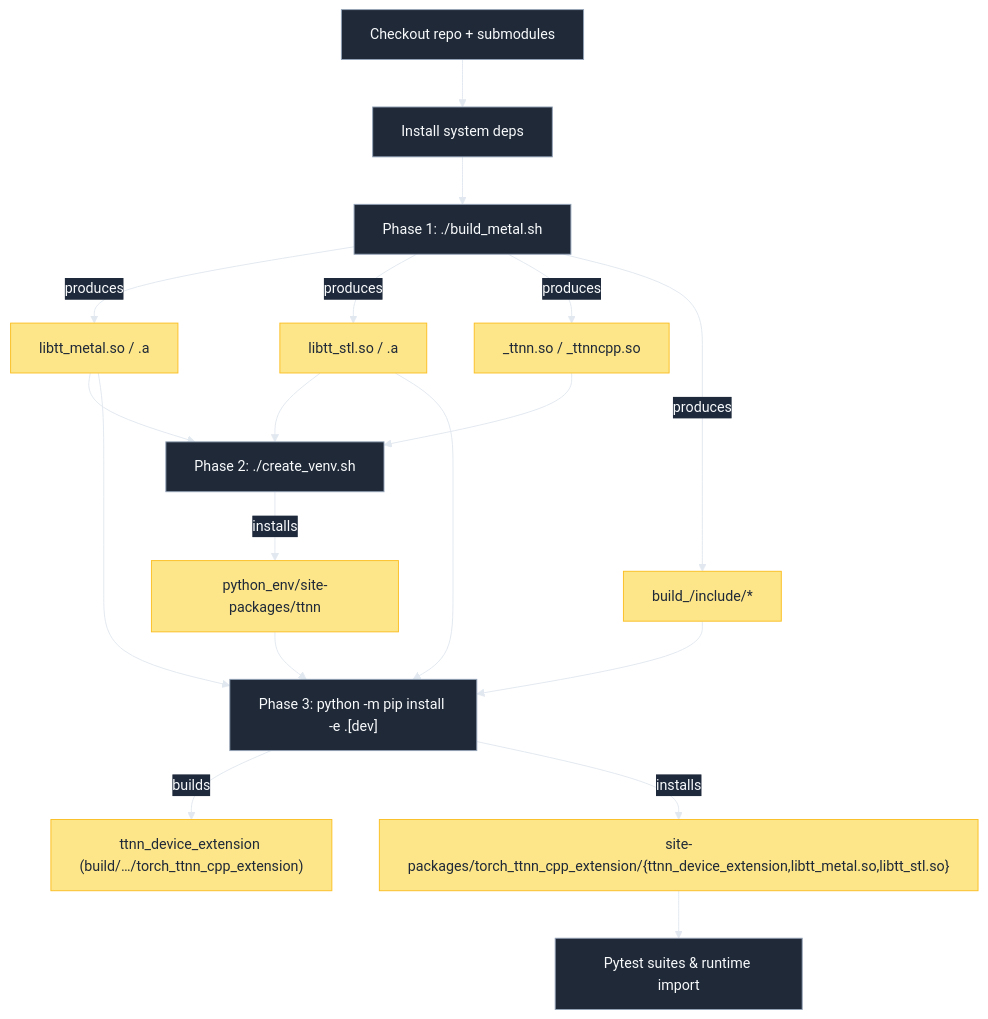
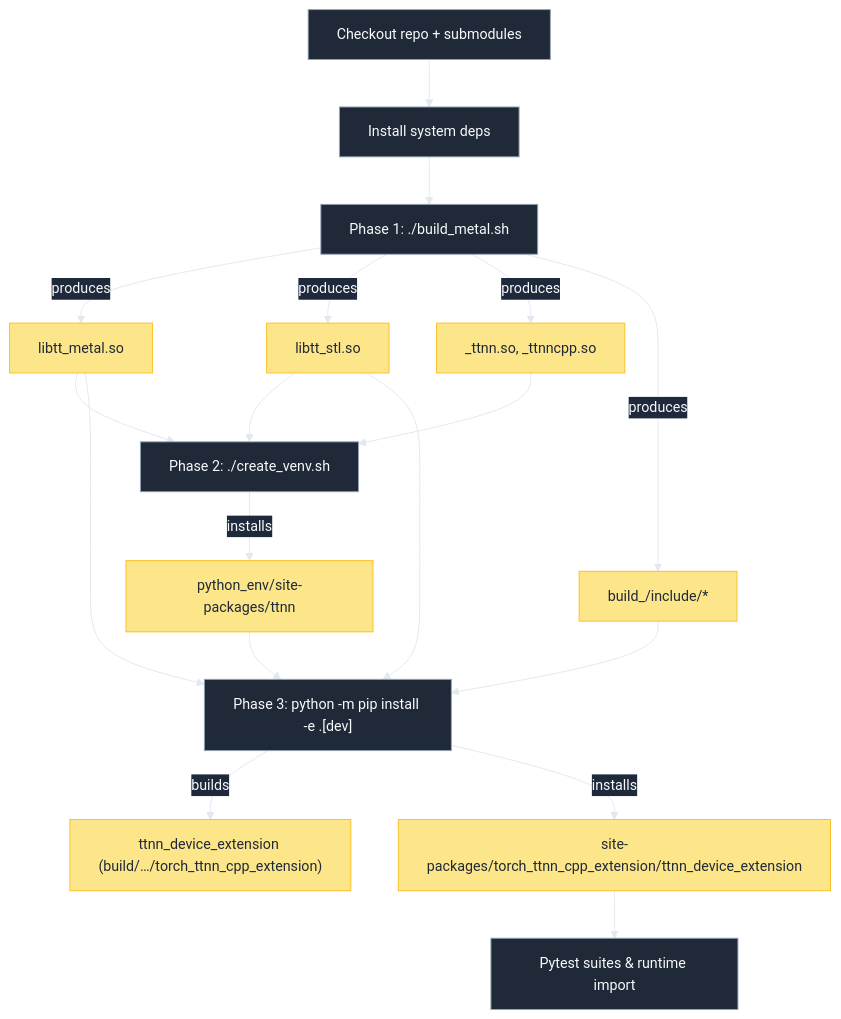
The first of 5 diagrams in docs/BuildFlow.md (tenstorrent/pytorch2.0_ttnn), drawn with Mermaid before and after one commit. The commit also changed other lines of this file and 3 other files, not shown here.

Commit message:
fix: bundling binaries to torch-ttnn to fix wheel for end-users, documentation with reasoning is created

````diff
--- a/docs/BuildFlow.md
+++ b/docs/BuildFlow.md
@@ -57,32 +57,32 @@
 ```mermaid
 %%{init: {'theme':'base','themeVariables':{'background':'#0f172a','primaryColor':'#1f2937','primaryTextColor':'#f8fafc','primaryBorderColor':'#94a3b8','secondaryColor':'#1f2937','tertiaryColor':'#334155','lineColor':'#e2e8f0','edgeLabelBackground':'#1e293b','edgeLabelColor':'#f8fafc','fontSize':'15px','fontFamily':'Inter, Arial, sans-serif'}}}%%
 graph TD
     checkout[Checkout repo + submodules] --> deps[Install system deps]
     deps --> build_metal["Phase 1: ./build_metal.sh"]
-    build_metal -->|produces| lib_metal["libtt_metal.so / .a"]
-    build_metal -->|produces| lib_stl["libtt_stl.so / .a"]
-    build_metal -->|produces| python_bindings["_ttnn.so / _ttnncpp.so"]
+    build_metal -->|produces| lib_metal["libtt_metal.so"]
+    build_metal -->|produces| lib_stl["libtt_stl.so"]
+    build_metal -->|produces| python_bindings["_ttnn.so, _ttnncpp.so"]
     build_metal -->|produces| headers["build_<TYPE>/include/*"]
     classDef artifact fill:#fde68a,stroke:#fbbf24,stroke-width:1px,color:#1f2937;
     class lib_metal,lib_stl,python_bindings,headers artifact;
 
     lib_metal --> create_venv["Phase 2: ./create_venv.sh"]
     lib_stl --> create_venv
     python_bindings --> create_venv
     create_venv -->|installs| ttnn_pkg["python_env/site-packages/ttnn"]
     class ttnn_pkg artifact;
 
     ttnn_pkg --> pip_install["Phase 3: python -m pip install -e .[dev]"]
     headers --> pip_install
     lib_metal --> pip_install
     lib_stl --> pip_install
 
     pip_install -->|builds| extension["ttnn_device_extension (build/…/torch_ttnn_cpp_extension)"]
     class extension artifact;
-    pip_install -->|installs| runtime_libs["site-packages/torch_ttnn_cpp_extension/{ttnn_device_extension,libtt_metal.so,libtt_stl.so}"]
+    pip_install -->|installs| runtime_libs["site-packages/torch_ttnn_cpp_extension/ttnn_device_extension"]
     class runtime_libs artifact;
 
     runtime_libs --> tests[Pytest suites & runtime import]
     classDef phase fill:#1f2937,stroke:#94a3b8,stroke-width:1px,color:#f8fafc;
     class checkout,deps,build_metal,create_venv,pip_install,tests phase;
 ```
````
